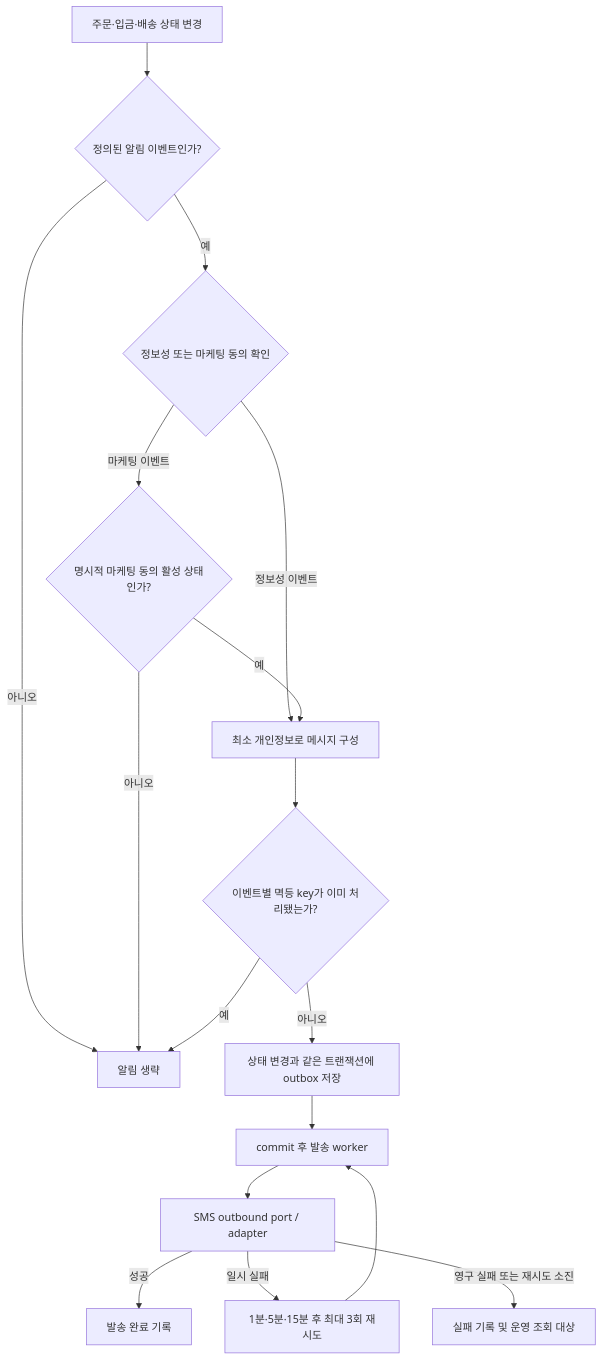
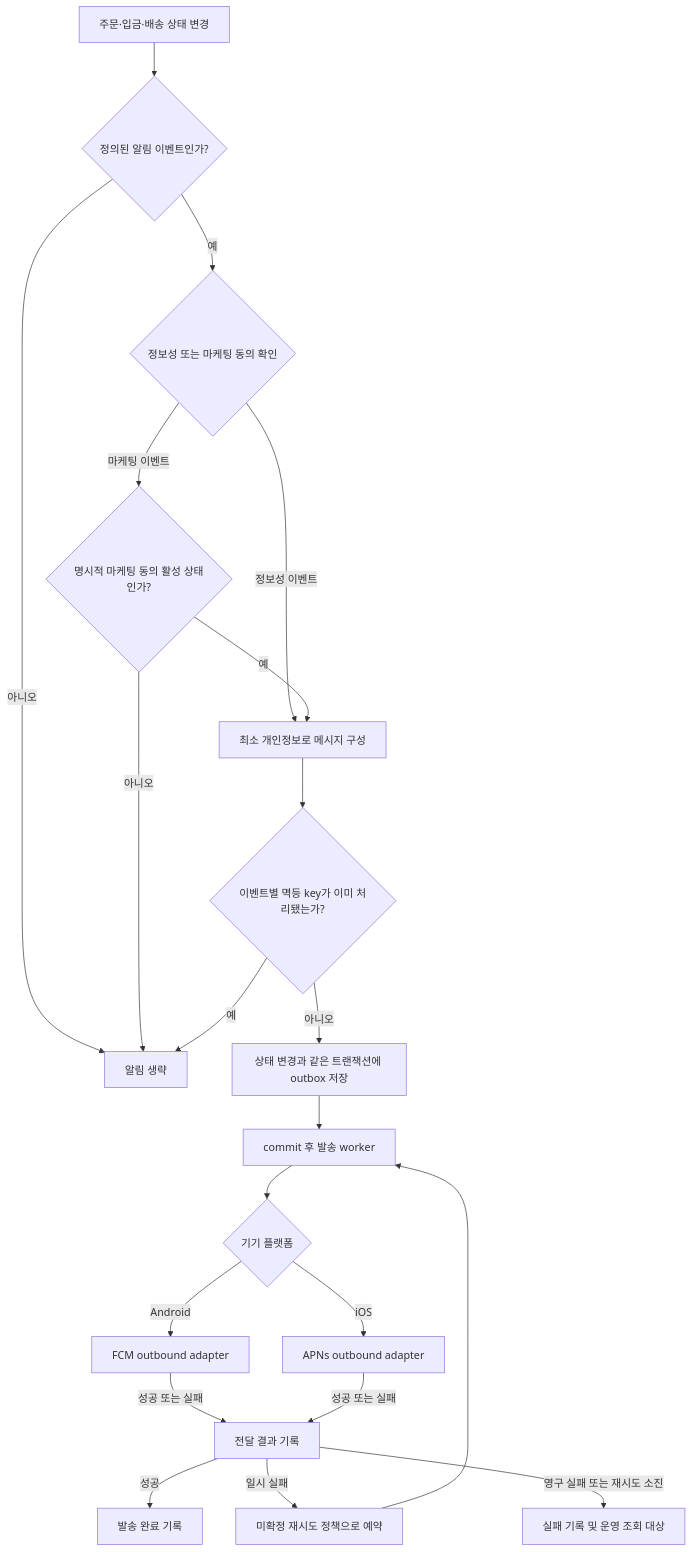
Before and after one commit to DongHyeonEom/umji-market-api: the diagram in docs/services/notification.md, drawn with Mermaid. The commit also changed other lines of this file and 1 other file, not shown here.

Commit message:
docs: define push notification architecture

````diff
--- a/docs/services/notification.md
+++ b/docs/services/notification.md
@@ -35,19 +42,23 @@
 ```mermaid
 flowchart TD
     Event["주문·입금·배송 상태 변경"] --> Eligible{"정의된 알림 이벤트인가?"}
     Eligible -->|아니오| Ignore["알림 생략"]
     Eligible -->|예| Consent{"정보성 또는 마케팅 동의 확인"}
     Consent -->|정보성 이벤트| Build["최소 개인정보로 메시지 구성"]
     Consent -->|마케팅 이벤트| Marketing{"명시적 마케팅 동의 활성 상태인가?"}
     Marketing -->|아니오| Ignore
     Marketing -->|예| Build
     Build --> Idempotency{"이벤트별 멱등 key가 이미 처리됐는가?"}
     Idempotency -->|예| Ignore
     Idempotency -->|아니오| Queue["상태 변경과 같은 트랜잭션에 outbox 저장"]
     Queue --> Worker["commit 후 발송 worker"]
-    Worker --> Provider["SMS outbound port / adapter"]
-    Provider -->|성공| Sent["발송 완료 기록"]
-    Provider -->|일시 실패| Retry["1분·5분·15분 후 최대 3회 재시도"]
+    Worker --> Provider{"기기 플랫폼"}
+    Provider -->|Android| FCM["FCM outbound adapter"]
+    Provider -->|iOS| APNS["APNs outbound adapter"]
+    FCM -->|성공 또는 실패| Result["전달 결과 기록"]
+    APNS -->|성공 또는 실패| Result
+    Result -->|성공| Sent["발송 완료 기록"]
+    Result -->|일시 실패| Retry["미확정 재시도 정책으로 예약"]
     Retry --> Worker
-    Provider -->|영구 실패 또는 재시도 소진| Failed["실패 기록 및 운영 조회 대상"]
+    Result -->|영구 실패 또는 재시도 소진| Failed["실패 기록 및 운영 조회 대상"]
 ```
````
